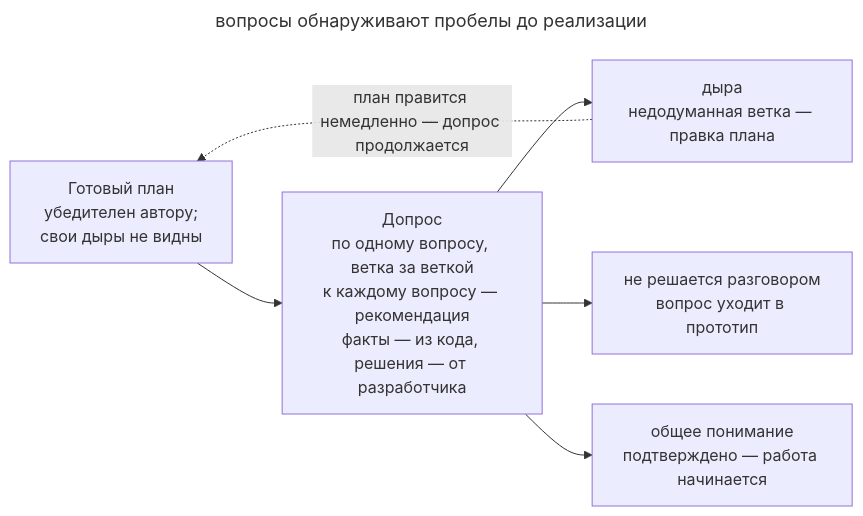
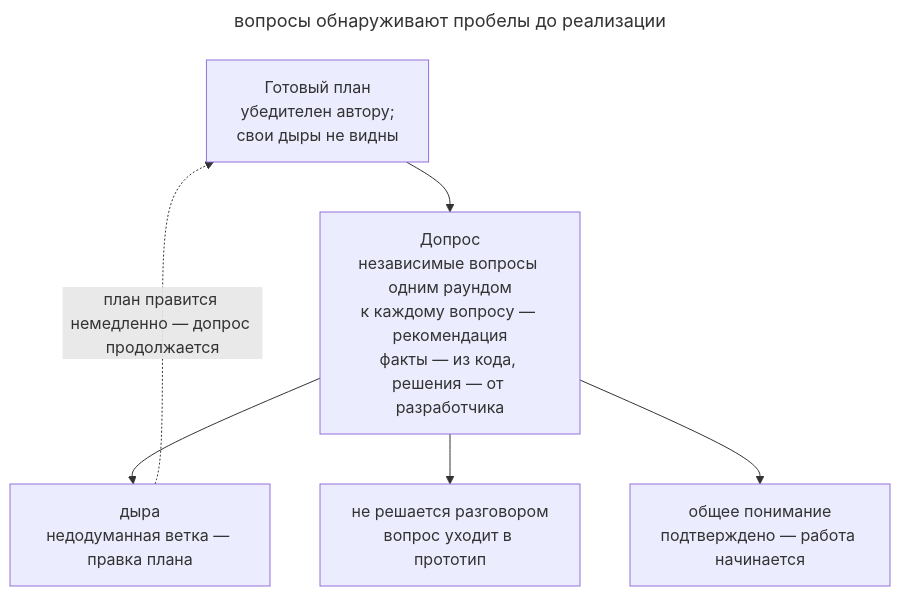
Before and after one commit to Rastavelli/agentic-coding-design-patterns: the diagram in book/ru/grilling.md, drawn with Mermaid. The commit also changed other lines of this file and 29 other files, not shown here.

````diff
--- a/book/ru/grilling.md
+++ b/book/ru/grilling.md
@@ -42,16 +42,16 @@
 ```mermaid
 ---
 title: вопросы обнаруживают пробелы до реализации
 ---
-flowchart LR
+flowchart TB
   plan["Готовый план<br/>убедителен автору;<br/>свои дыры не видны"]:::accent
-  grill["Допрос<br/>по одному вопросу, ветка за веткой<br/>к каждому вопросу — рекомендация<br/>факты — из кода, решения — от разработчика"]
+  grill["Допрос<br/>независимые вопросы одним раундом<br/>к каждому вопросу — рекомендация<br/>факты — из кода, решения — от разработчика"]
   hole["дыра<br/>недодуманная ветка — правка плана"]:::warn
   proto["не решается разговором<br/>вопрос уходит в прототип"]:::muted
   shared["общее понимание<br/>подтверждено — работа начинается"]:::accent
   plan --> grill
   grill --> hole
   grill --> proto
   grill --> shared
   hole -. "план правится немедленно — допрос продолжается" .-> plan
 ```
````
